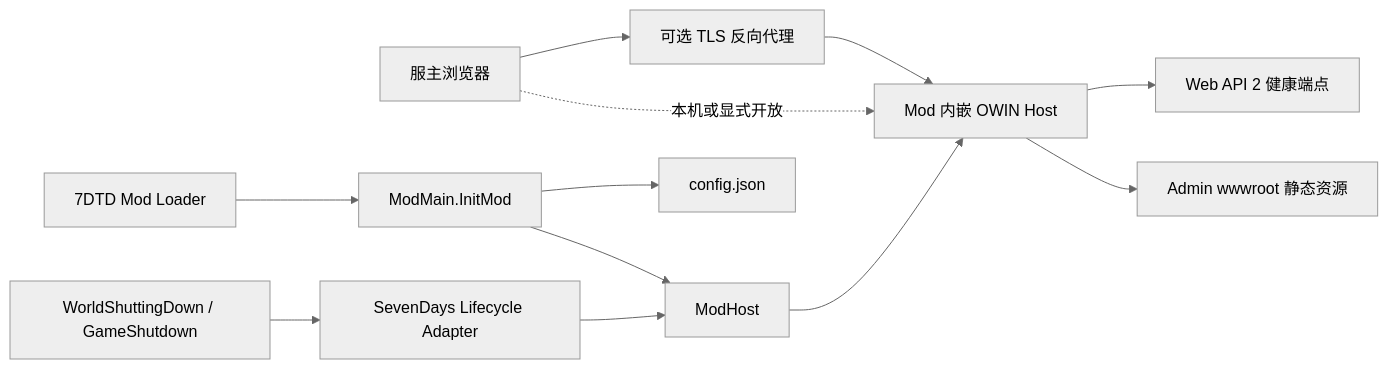
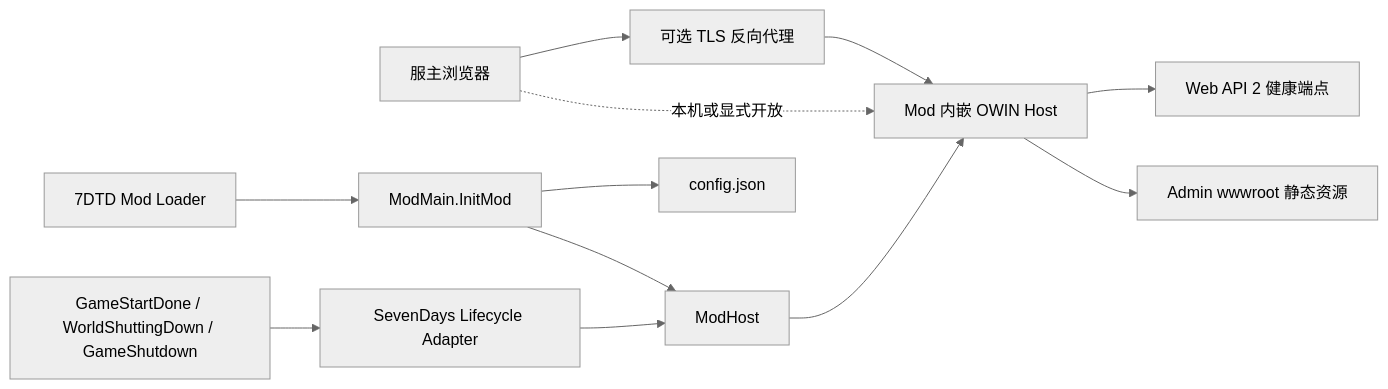
Before and after one commit to IceCoffee1024/7dpanel-legacy: the diagram in docs/architecture.md, drawn with Mermaid (neutral theme). The commit also changed other lines of this file and 18 other files, not shown here.

````diff
--- a/docs/architecture.md
+++ b/docs/architecture.md
@@ -20,14 +20,14 @@
 ```mermaid
 flowchart LR
     Browser[服主浏览器] --> Proxy[可选 TLS 反向代理]
     Proxy --> Host[Mod 内嵌 OWIN Host]
     Browser -. 本机或显式开放 .-> Host
     Host --> Api[Web API 2 健康端点]
     Host --> Static[Admin wwwroot 静态资源]
     ModLoader[7DTD Mod Loader] --> Bootstrap[ModMain.InitMod]
     Bootstrap --> Config[config.json]
     Bootstrap --> Runtime[ModHost]
     Runtime --> Host
-    GameEvents[WorldShuttingDown / GameShutdown] --> Lifecycle[SevenDays Lifecycle Adapter]
+    GameEvents[GameStartDone / WorldShuttingDown / GameShutdown] --> Lifecycle[SevenDays Lifecycle Adapter]
     Lifecycle --> Runtime
 ```
````
